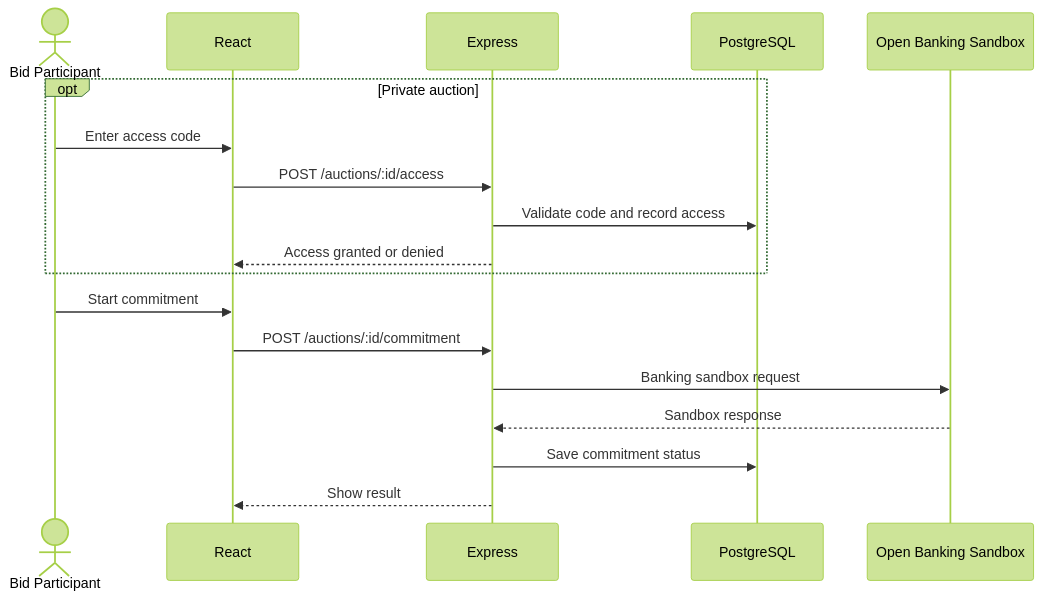
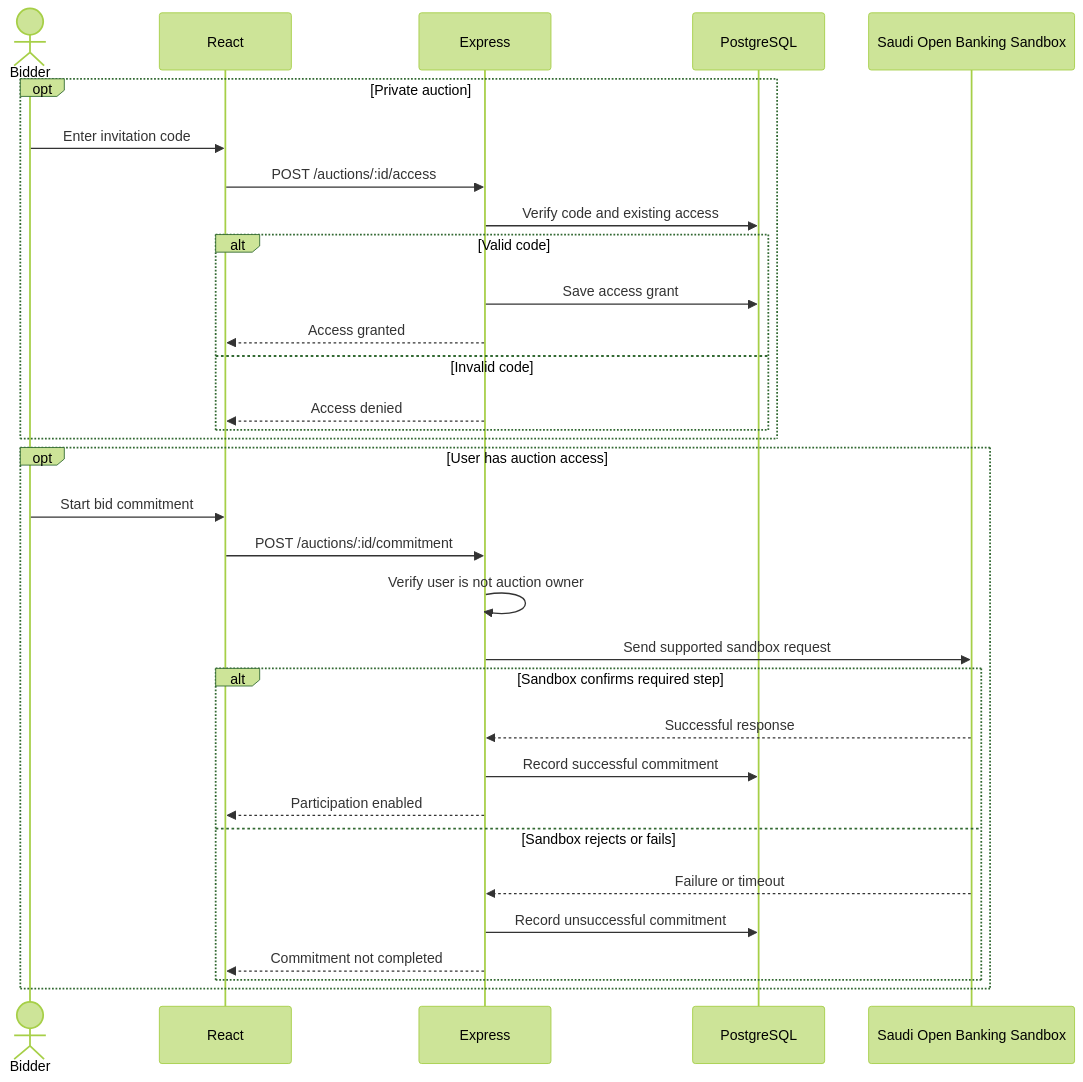
Before and after one commit to Abeerr0/mezyad: the sixth of 8 diagrams in Stage_3/Report.MD, drawn with Mermaid (forest theme). The commit also changed other lines of this file, not shown here.

Commit message:
docs: align database constraints, sequence flows, API and QA coverage

````diff
--- a/Stage_3/Report.MD
+++ b/Stage_3/Report.MD
@@ -368,20 +385,34 @@
 ```mermaid
 sequenceDiagram
-  actor User as Bid Participant
+  actor User as Bidder
   participant UI as React
   participant API as Express
   participant DB as PostgreSQL
-  participant Bank as Open Banking Sandbox
+  participant Bank as Saudi Open Banking Sandbox
   opt Private auction
-    User->>UI: Enter access code
+    User->>UI: Enter invitation code
     UI->>API: POST /auctions/:id/access
-    API->>DB: Validate code and record access
-    API-->>UI: Access granted or denied
+    API->>DB: Verify code and existing access
+    alt Valid code
+      API->>DB: Save access grant
+      API-->>UI: Access granted
+    else Invalid code
+      API-->>UI: Access denied
+    end
   end
-  User->>UI: Start commitment
-  UI->>API: POST /auctions/:id/commitment
-  API->>Bank: Banking sandbox request
-  Bank-->>API: Sandbox response
-  API->>DB: Save commitment status
-  API-->>UI: Show result
+  opt User has auction access
+    User->>UI: Start bid commitment
+    UI->>API: POST /auctions/:id/commitment
+    API->>API: Verify user is not auction owner
+    API->>Bank: Send supported sandbox request
+    alt Sandbox confirms required step
+      Bank-->>API: Successful response
+      API->>DB: Record successful commitment
+      API-->>UI: Participation enabled
+    else Sandbox rejects or fails
+      Bank-->>API: Failure or timeout
+      API->>DB: Record unsuccessful commitment
+      API-->>UI: Commitment not completed
+    end
+  end
 ```
````
